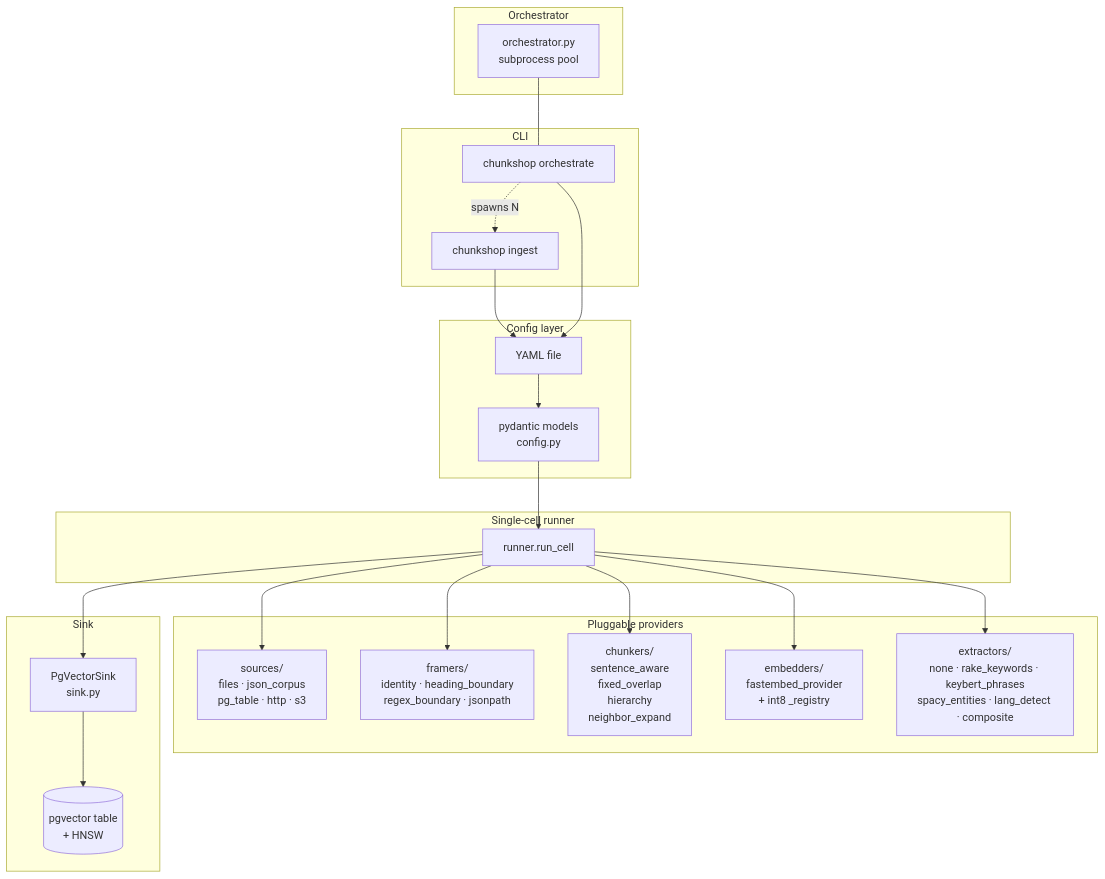
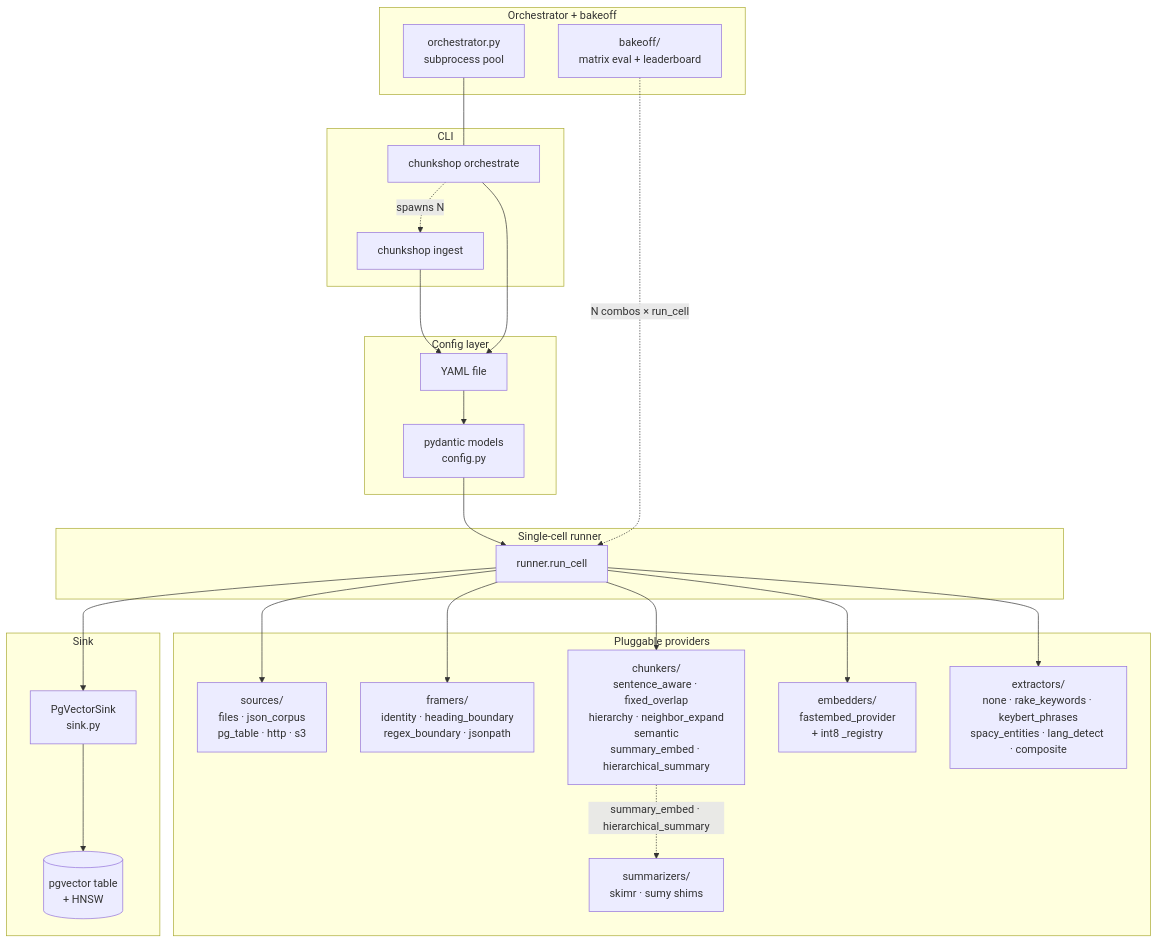
The first of 4 diagrams in docs/architecture.md (yonk-labs/chunkshop), drawn with Mermaid before and after one commit. The commit also changed other lines of this file and 6 other files, not shown here.

````diff
--- a/docs/architecture.md
+++ b/docs/architecture.md
@@ -14,47 +14,51 @@
 ```mermaid
 flowchart TB
     subgraph cli[CLI]
       I[chunkshop ingest]
       O[chunkshop orchestrate]
     end
 
     subgraph config[Config layer]
       Y[YAML file]
       P[pydantic models<br/>config.py]
     end
 
     subgraph runner[Single-cell runner]
       R[runner.run_cell]
     end
 
     subgraph providers[Pluggable providers]
       SRC[sources/<br/>files · json_corpus<br/>pg_table · http · s3]
       FRM[framers/<br/>identity · heading_boundary<br/>regex_boundary · jsonpath]
-      CHK[chunkers/<br/>sentence_aware<br/>fixed_overlap<br/>hierarchy<br/>neighbor_expand]
+      CHK[chunkers/<br/>sentence_aware · fixed_overlap<br/>hierarchy · neighbor_expand<br/>semantic<br/>summary_embed · hierarchical_summary]
       EMB[embedders/<br/>fastembed_provider<br/>+ int8 _registry]
       EXT[extractors/<br/>none · rake_keywords · keybert_phrases<br/>spacy_entities · lang_detect · composite]
+      SUM[summarizers/<br/>skimr · sumy shims]
     end
 
     subgraph sink[Sink]
       SK[PgVectorSink<br/>sink.py]
       DB[(pgvector table<br/>+ HNSW)]
     end
 
-    subgraph orch[Orchestrator]
+    subgraph orch[Orchestrator + bakeoff]
       OR[orchestrator.py<br/>subprocess pool]
+      BO[bakeoff/<br/>matrix eval + leaderboard]
     end
 
     I --> Y
     O --> Y
     Y --> P
     P --> R
     R --> SRC
     R --> FRM
     R --> CHK
     R --> EMB
     R --> EXT
+    CHK -.summary_embed · hierarchical_summary.-> SUM
     R --> SK
     SK --> DB
     O -.spawns N.-> I
     OR --- O
+    BO -.N combos × run_cell.-> R
 ```
````
